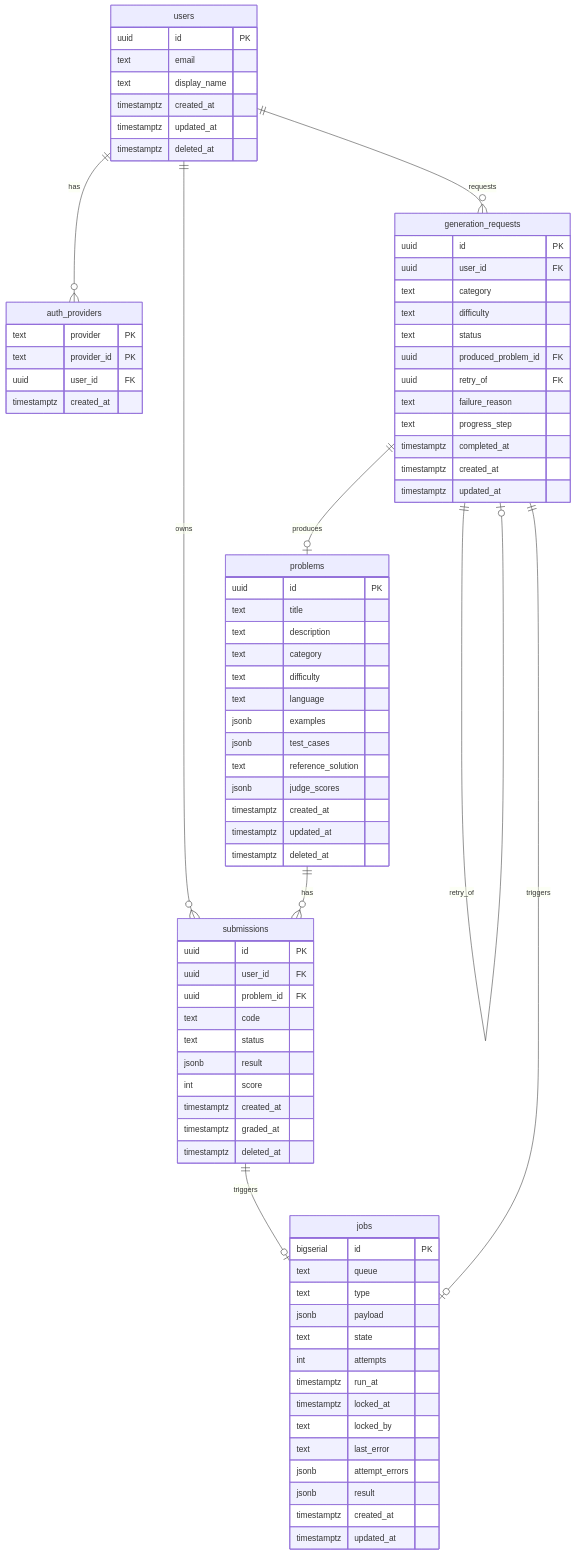
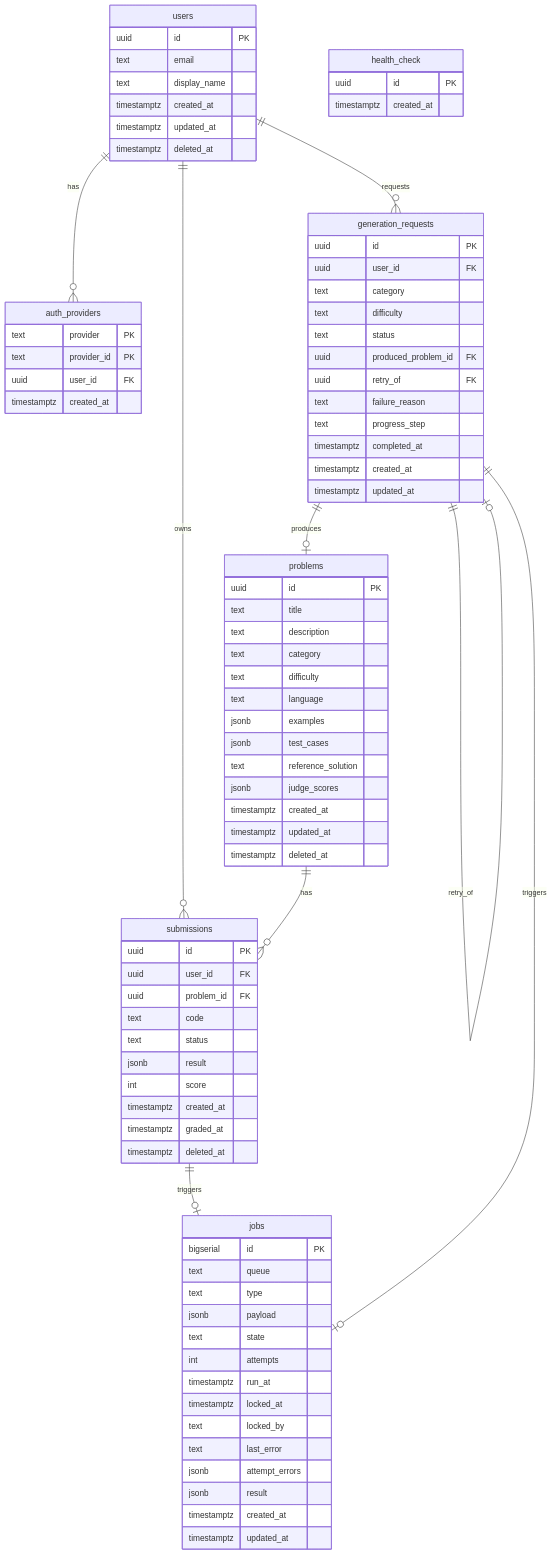
One commit to yzanbo/ai-coding-drill-python changed the diagram in docs/requirements/3-cross-cutting/01-data-model.md. Above: the diagram before and after it, drawn with Mermaid. The commit also changed other lines of this file and 3 other files, not shown here.

````diff
--- a/docs/requirements/3-cross-cutting/01-data-model.md
+++ b/docs/requirements/3-cross-cutting/01-data-model.md
@@ -96,4 +96,9 @@
     timestamptz created_at
     timestamptz updated_at
   }
+
+  health_check {
+    uuid id PK
+    timestamptz created_at
+  }
 ```
````
